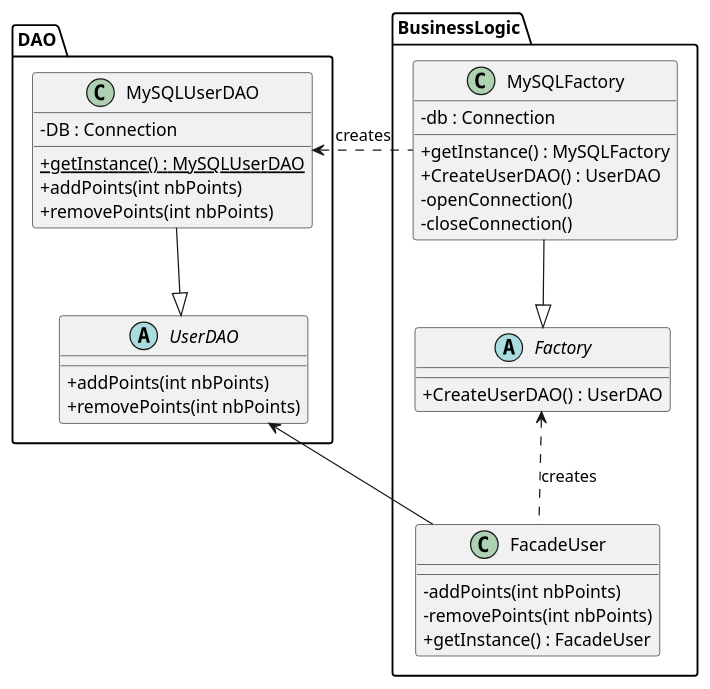
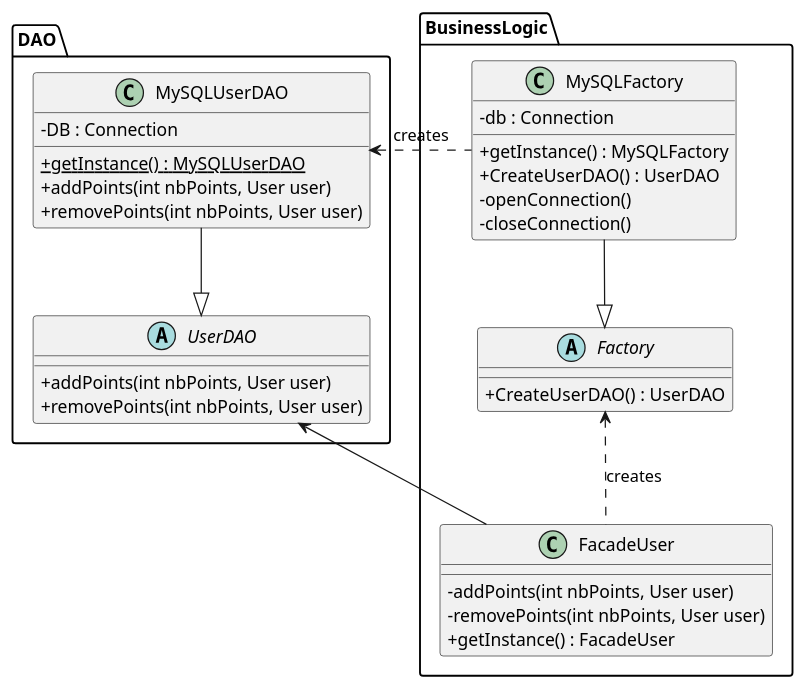
The diagram in project_diagrams/classDiagrams/pointManagement.puml (guiguie34/StudEasy), drawn with PlantUML before and after one commit. The commit also changed 5 other files, not shown here.

Commit message:
fix all class Diagrams

```diff
--- a/project_diagrams/classDiagrams/pointManagement.puml
+++ b/project_diagrams/classDiagrams/pointManagement.puml
@@ -1,53 +1,53 @@
 @startuml
 skinparam classAttributeIconSize 0
 
 package BusinessLogic{
     class FacadeUser{
-        - addPoints(int nbPoints)
-        - removePoints(int nbPoints)
+        - addPoints(int nbPoints, User user)
+        - removePoints(int nbPoints, User user)
         + getInstance() : FacadeUser
     }
 
     abstract class Factory{
         + CreateUserDAO() : UserDAO
     }
     class MySQLFactory{
         - db : Connection
         + getInstance() : MySQLFactory
         + CreateUserDAO() : UserDAO
         - openConnection()
         - closeConnection()
     }
 
 
     Factory <.. FacadeUser : creates
     Factory <|-up- MySQLFactory
 
 
 
 
 
 }
 
 package DAO{
 
     abstract class UserDAO{
-        + addPoints(int nbPoints)
-        + removePoints(int nbPoints)
+        + addPoints(int nbPoints, User user)
+        + removePoints(int nbPoints, User user)
     }
 
     class MySQLUserDAO{
         - DB : Connection
         + {static} getInstance() : MySQLUserDAO
-        + addPoints(int nbPoints)
-        + removePoints(int nbPoints)
+        + addPoints(int nbPoints, User user)
+        + removePoints(int nbPoints, User user)
 
     }
 
     MySQLUserDAO --|> UserDAO
     MySQLUserDAO <.right. MySQLFactory : creates
 
     UserDAO <-right- FacadeUser
 }
 
 @enduml
```
